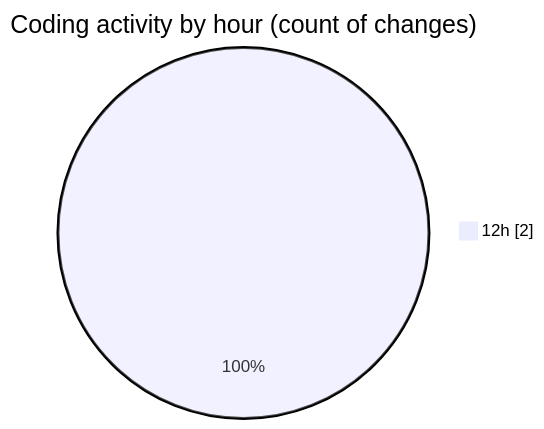
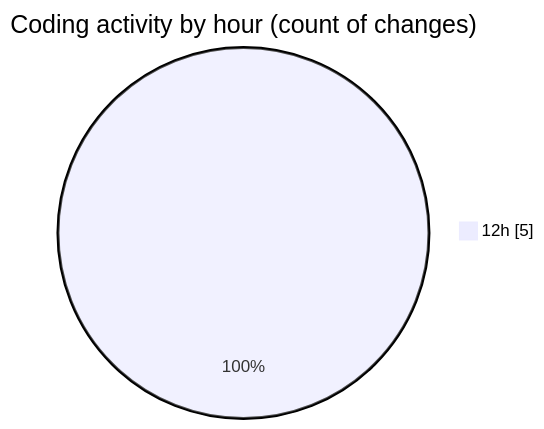
Before and after one commit to LanceThiago/code-tracking: the second of 2 diagrams in 2025-09-15/totem2/README.md, drawn with Mermaid. The commit also changed other lines of this file and 1 other file, not shown here.

````diff
--- a/2025-09-15/totem2/README.md
+++ b/2025-09-15/totem2/README.md
@@ -28,5 +29,5 @@
 ```mermaid
 pie showData
 title Coding activity by hour (count of changes)
-"12h" : 2
+"12h" : 5
 ```
````
